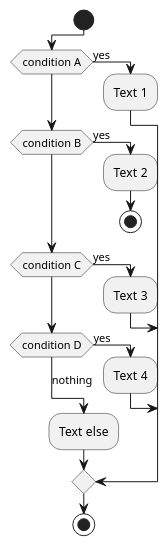
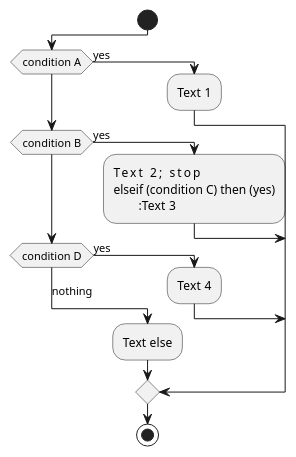
The diagram in nix/files/emacs/docs/notes.org (cswank/dotfiles), drawn with PlantUML before and after one commit. The commit also changed 5 other files, not shown here.

```diff
--- a/nix/files/emacs/docs/notes.org
+++ b/nix/files/emacs/docs/notes.org
@@ -212,17 +212,16 @@
 #+begin_src plantuml :file /tmp/test.svg
   !pragma useVerticalIf on
   start
   if (condition A) then (yes)
-  :Text 1;
+          :Text 1;
   elseif (condition B) then (yes)
-  :Text 2;
-  stop
+          :Text 2;        stop
   elseif (condition C) then (yes)
-  :Text 3;
+          :Text 3;
   elseif (condition D) then (yes)
-  :Text 4;
+          :Text 4;
   else (nothing)
-  :Text else;
+          :Text else;
   endif
   stop
 #+end_src
```
